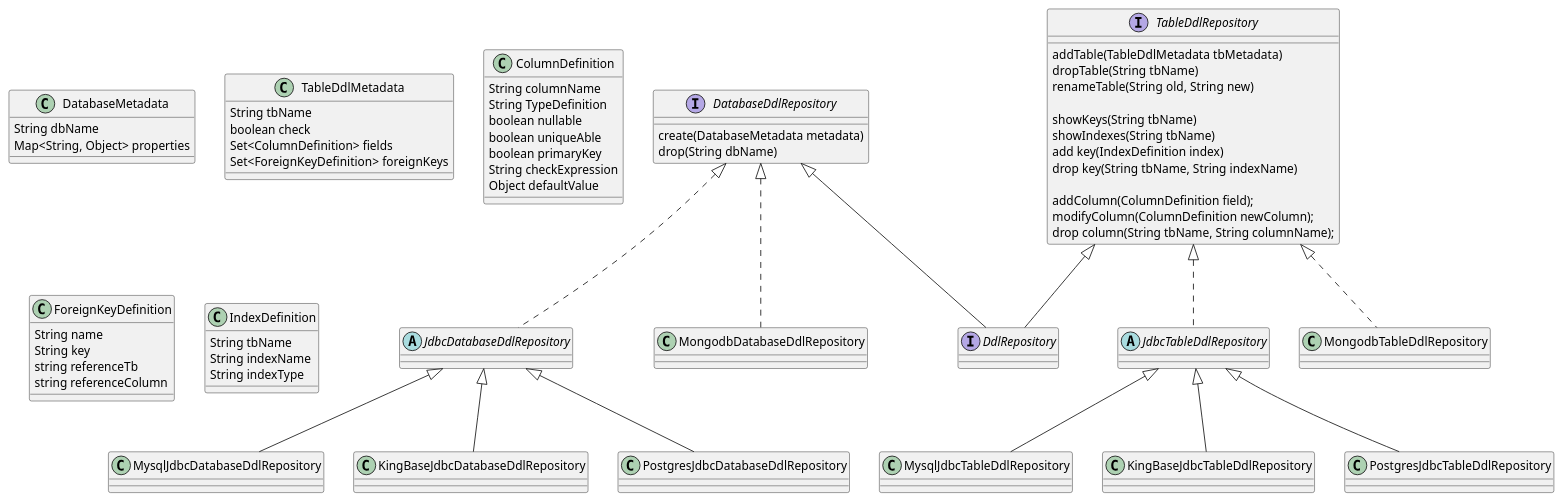
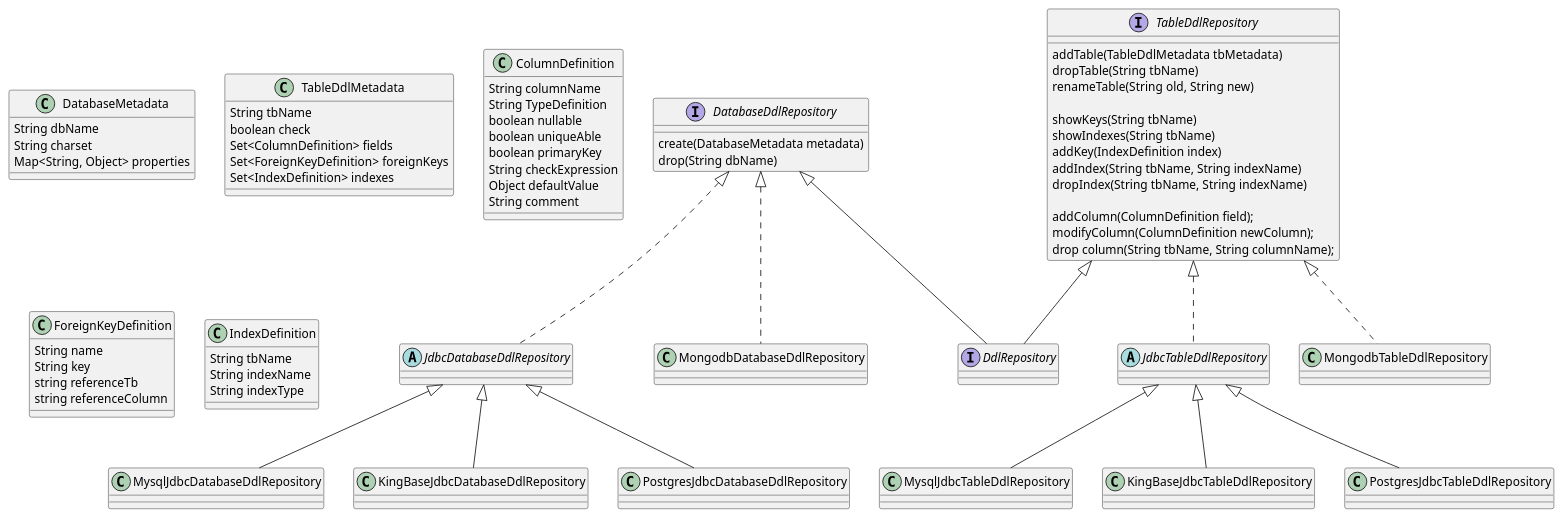
One commit to lwpk110/fh-asserts changed the diagram in xc/uml/ddl.puml. Above: the diagram before and after it, drawn with PlantUML.

Commit message:
feat: 更新ddl，补充遗漏

```diff
--- a/xc/uml/ddl.puml
+++ b/xc/uml/ddl.puml
@@ -1,79 +1,81 @@
 @startuml
 'https://plantuml.com/class-diagram
 
 Interface DdlRepository extends DatabaseDdlRepository, TableDdlRepository{
 }
 
-
-
 Interface DatabaseDdlRepository {
     create(DatabaseMetadata metadata)
     drop(String dbName)
 }
+
 abstract class JdbcDatabaseDdlRepository implements DatabaseDdlRepository {
 }
 
 class MysqlJdbcDatabaseDdlRepository extends JdbcDatabaseDdlRepository {}
 class KingBaseJdbcDatabaseDdlRepository extends JdbcDatabaseDdlRepository {}
 class PostgresJdbcDatabaseDdlRepository extends JdbcDatabaseDdlRepository {}
 class MongodbDatabaseDdlRepository implements DatabaseDdlRepository {}
 
-
 Interface TableDdlRepository {
     addTable(TableDdlMetadata tbMetadata)
     dropTable(String tbName)
     renameTable(String old, String new)
 
     showKeys(String tbName)
     showIndexes(String tbName)
-    add key(IndexDefinition index)
-    drop key(String tbName, String indexName)
+    addKey(IndexDefinition index)
+    addIndex(String tbName, String indexName)
+    dropIndex(String tbName, String indexName)
 
     addColumn(ColumnDefinition field);
     modifyColumn(ColumnDefinition newColumn);
     drop column(String tbName, String columnName);
 }
 
 abstract class JdbcTableDdlRepository implements TableDdlRepository {
 }
 
 class MysqlJdbcTableDdlRepository extends JdbcTableDdlRepository {}
 class KingBaseJdbcTableDdlRepository extends JdbcTableDdlRepository {}
 class PostgresJdbcTableDdlRepository extends JdbcTableDdlRepository {}
 class MongodbTableDdlRepository implements TableDdlRepository {}
 
 class DatabaseMetadata {
     String dbName
+    String charset
     Map<String, Object> properties
 }
 
 class TableDdlMetadata {
     String tbName
     boolean check
     Set<ColumnDefinition> fields
     Set<ForeignKeyDefinition> foreignKeys
+    Set<IndexDefinition> indexes
 }
 
 class ColumnDefinition{
     String columnName
     String TypeDefinition
     boolean nullable
     boolean uniqueAble
     boolean primaryKey
     String checkExpression
     Object defaultValue
+    String comment
 }
 
 class ForeignKeyDefinition{
     String name
     String key
     string referenceTb
     string referenceColumn
 }
 
 class IndexDefinition{
     String tbName
     String indexName
     String indexType
 }
 @enduml
```
